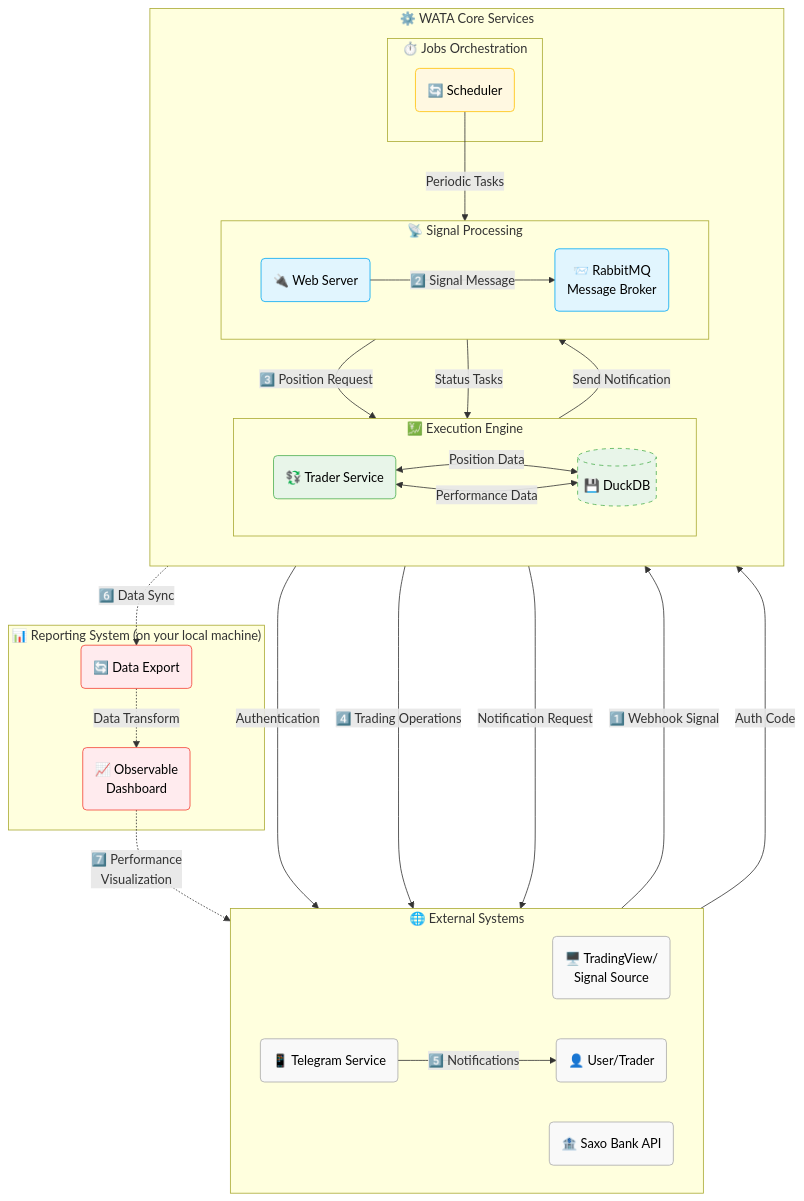
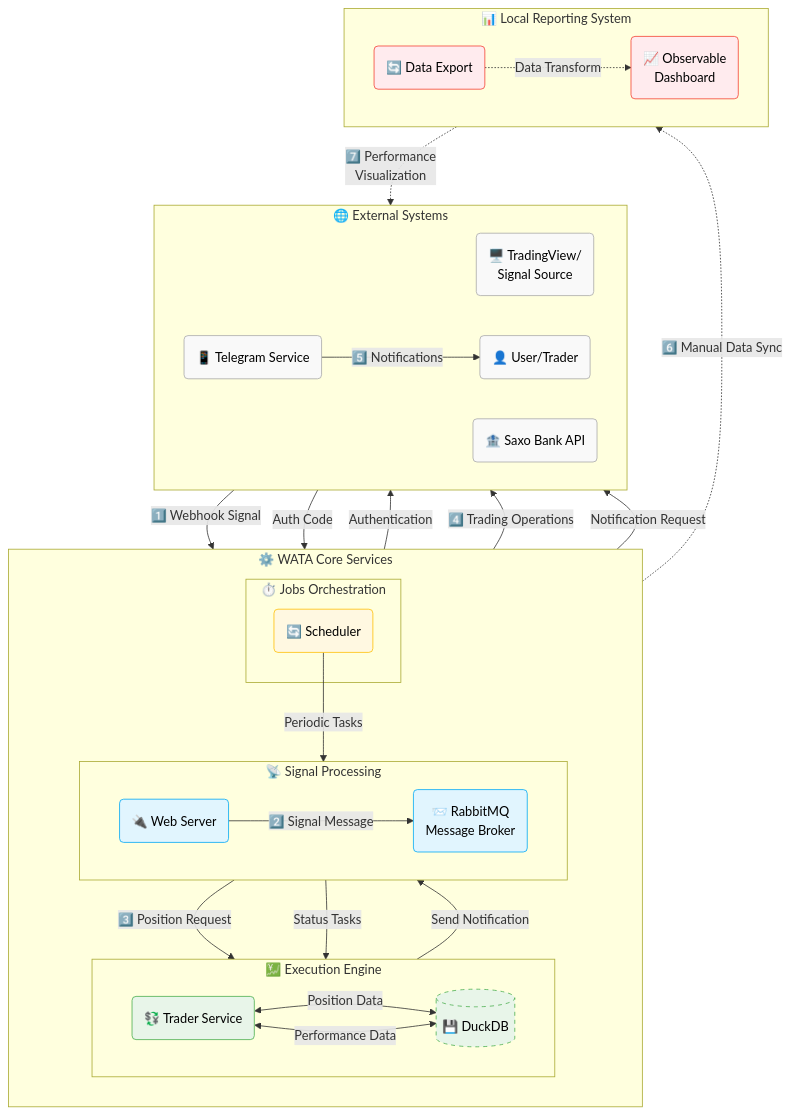
One commit to IOITI/WATA changed the diagram in README.md. Above: the diagram before and after it, drawn with Mermaid.

Commit message:
Refine Reporting System terminology in README for clarity

````diff
--- a/README.md
+++ b/README.md
@@ -104,71 +104,72 @@
 ```mermaid
 flowchart TD
     %% Styling
     classDef external fill:#f9f9f9,stroke:#aaa,stroke-width:1px,color:#000
     classDef processing fill:#e1f5fe,stroke:#03a9f4,stroke-width:1px,color:#000
     classDef execution fill:#e8f5e9,stroke:#4caf50,stroke-width:1px,color:#000
     classDef jobs fill:#fff8e1,stroke:#ffc107,stroke-width:1px,color:#000
     classDef database fill:#f3e5f5,stroke:#9c27b0,stroke-width:2px,stroke-dasharray: 5 5,color:#000
     classDef reporting fill:#ffebee,stroke:#f44336,stroke-width:1px,color:#000
     
     %% External Systems
     subgraph ExtSys["🌐 External Systems"]
         direction LR
         TV("🖥️ TradingView/<br>Signal Source")
         SB("🏦 Saxo Bank API")
         User("👤 User/Trader")
         TG("📱 Telegram Service")
     end
     
     %% WATA Core Services
     subgraph CoreSys["⚙️ WATA Core Services"]
         direction TB
         
         subgraph SigProc["📡 Signal Processing"]
             direction LR
             WS("🔌 Web Server")
             RMQ("📨 RabbitMQ<br>Message Broker")
         end
         
         subgraph ExecEng["💹 Execution Engine"]
             direction LR
             TR("💱 Trader Service")
             DB[("💾 DuckDB")]:::database
         end
         
         subgraph JobSvc["⏱️ Jobs Orchestration"]
             SC("🔄 Scheduler")
         end
     end
     
     %% Reporting System
-    subgraph RepSys["📊 Reporting System (on your local machine)"]
+    subgraph RepSys["📊 Local Reporting System"]
+        direction LR
         EX("🔄 Data Export")
         OD("📈 Observable<br>Dashboard")
     end
     
     %% Connections with styled arrows
     TV -- "1️⃣ Webhook Signal" --> WS
     WS -- "2️⃣ Signal Message" --> RMQ
     RMQ -- "3️⃣ Position Request" --> TR
     TR -- "Authentication" --> SB
     User -- "Auth Code" --> TR
     TR -- "4️⃣ Trading Operations" --> SB
     TR -- "Send Notification" --> RMQ
     RMQ -- "Notification Request" --> TG
     TG -- "5️⃣ Notifications" --> User
     TR <-- "Position Data" --> DB
     SC -- "Periodic Tasks" --> RMQ
     RMQ -- "Status Tasks" --> TR
     TR <-- "Performance Data" --> DB
-    DB -. "6️⃣ Data Sync" .-> EX
+    DB -. "6️⃣ Manual Data Sync" .-> EX
     EX -. "Data Transform" .-> OD
     OD -. "7️⃣ Performance<br>Visualization" .-> User
     
     %% Apply styles
     class TV,SB,User,TG external
     class WS,RMQ processing
     class TR,DB execution
     class SC jobs
     class EX,OD reporting
 ```
````
